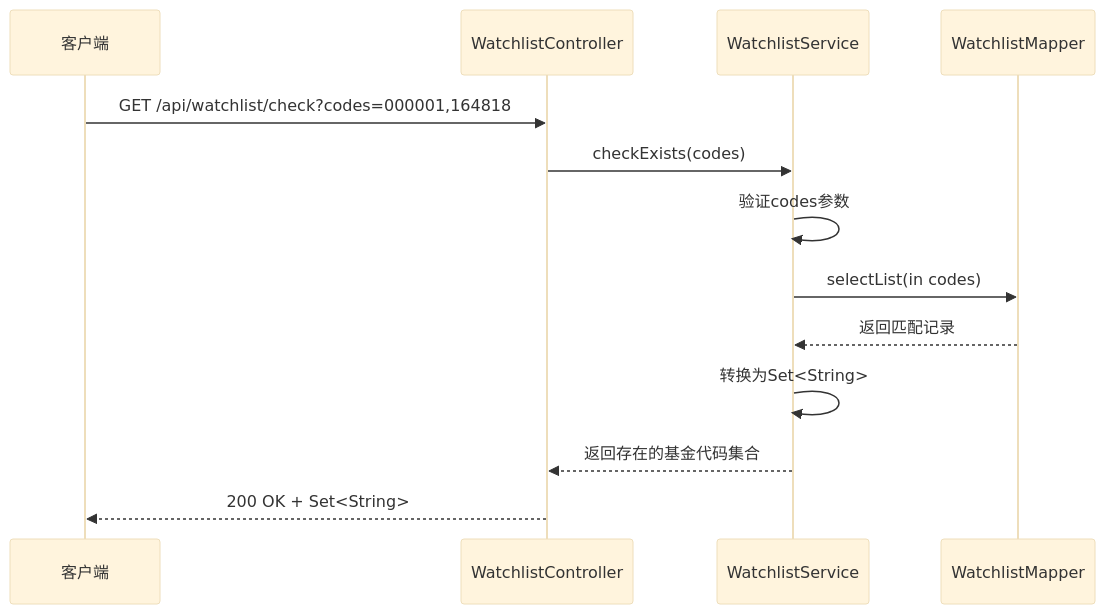
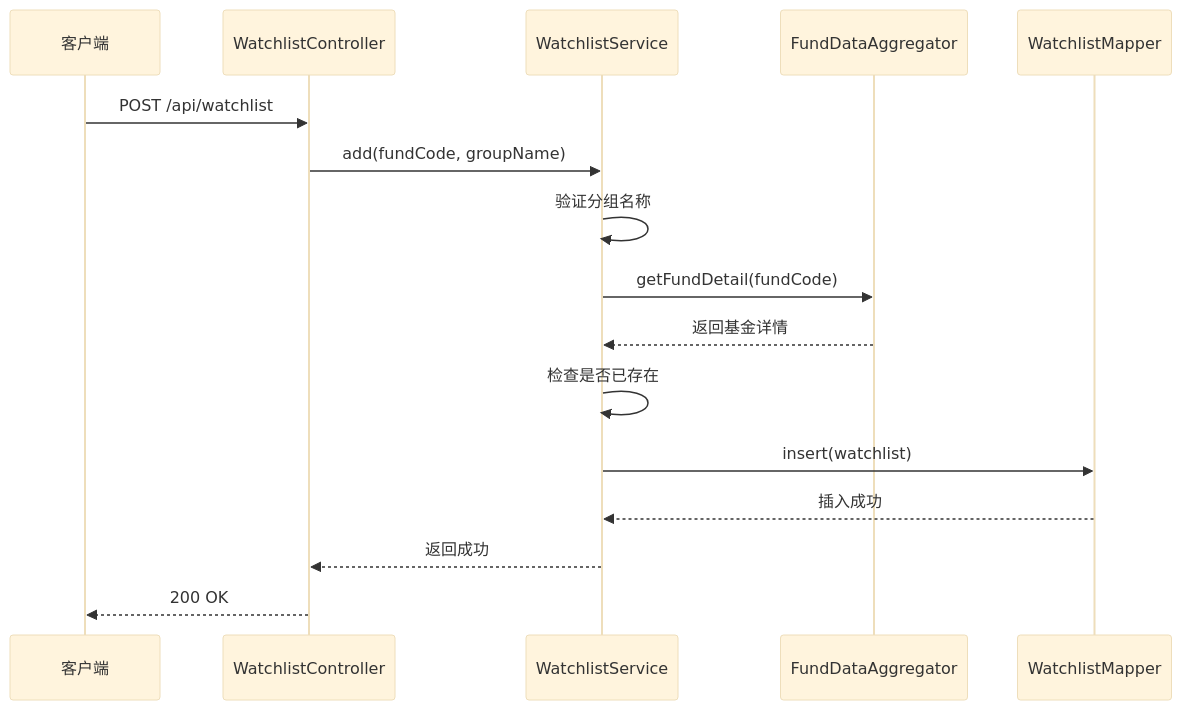
The fourth of 10 diagrams in .qoder/repowiki/zh/content/Watchlist Enhancement.md (gree-coder/fund-butler), drawn with Mermaid (base theme) before and after one commit. The commit also changed other lines of this file and 21 other files, not shown here.

````diff
--- a/.qoder/repowiki/zh/content/Watchlist Enhancement.md
+++ b/.qoder/repowiki/zh/content/Watchlist Enhancement.md
@@ -196,15 +189,18 @@
 ```mermaid
 sequenceDiagram
 participant Client as 客户端
 participant Controller as WatchlistController
 participant Service as WatchlistService
+participant Aggregator as FundDataAggregator
 participant Mapper as WatchlistMapper
-Client->>Controller : GET /api/watchlist/check?codes=000001,164818
-Controller->>Service : checkExists(codes)
-Service->>Service : 验证codes参数
-Service->>Mapper : selectList(in codes)
-Mapper-->>Service : 返回匹配记录
-Service->>Service : 转换为Set<String>
-Service-->>Controller : 返回存在的基金代码集合
-Controller-->>Client : 200 OK + Set<String>
+Client->>Controller : POST /api/watchlist
+Controller->>Service : add(fundCode, groupName)
+Service->>Service : 验证分组名称
+Service->>Aggregator : getFundDetail(fundCode)
+Aggregator-->>Service : 返回基金详情
+Service->>Service : 检查是否已存在
+Service->>Mapper : insert(watchlist)
+Mapper-->>Service : 插入成功
+Service-->>Controller : 返回成功
+Controller-->>Client : 200 OK
 ```
````
